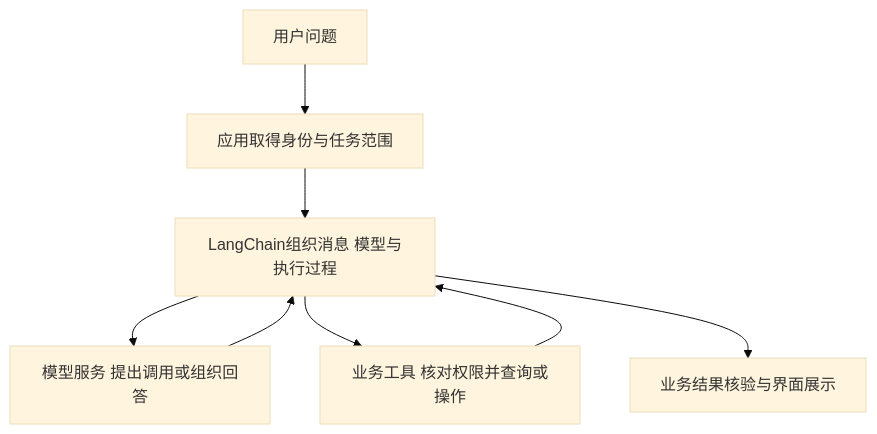
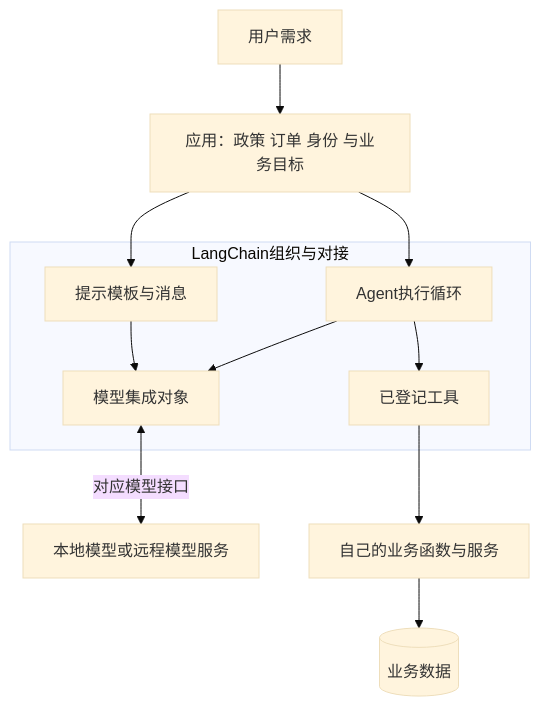
One commit to benx92/ai-learning-notes changed the first of 2 diagrams in 19-LangChain入门它到底帮我们封装了什么.md. Above: the diagram before and after it, drawn with Mermaid (base theme). The commit also changed other lines of this file and 43 other files, not shown here.

````diff
--- a/19-LangChain入门它到底帮我们封装了什么.md
+++ b/19-LangChain入门它到底帮我们封装了什么.md
@@ -511,10 +128,14 @@
 ```mermaid
 flowchart TD
-    A[用户问题] --> B[应用取得身份与任务范围]
-    B --> C[LangChain组织消息 模型与执行过程]
-    C --> D[模型服务 提出调用或组织回答]
-    D --> C
-    C --> E[业务工具 核对权限并查询或操作]
-    E --> C
-    C --> F[业务结果核验与界面展示]
+    U[用户需求] --> A[应用：政策 订单 身份 与业务目标]
+    subgraph LC[LangChain组织与对接]
+        P[提示模板与消息] --> C[模型集成对象]
+        G[Agent执行循环] --> C
+        G --> T[已登记工具]
+    end
+    A --> P
+    A --> G
+    C <-->|对应模型接口| M[本地模型或远程模型服务]
+    T --> B[自己的业务函数与服务]
+    B --> D[(业务数据)]
 ```
````
